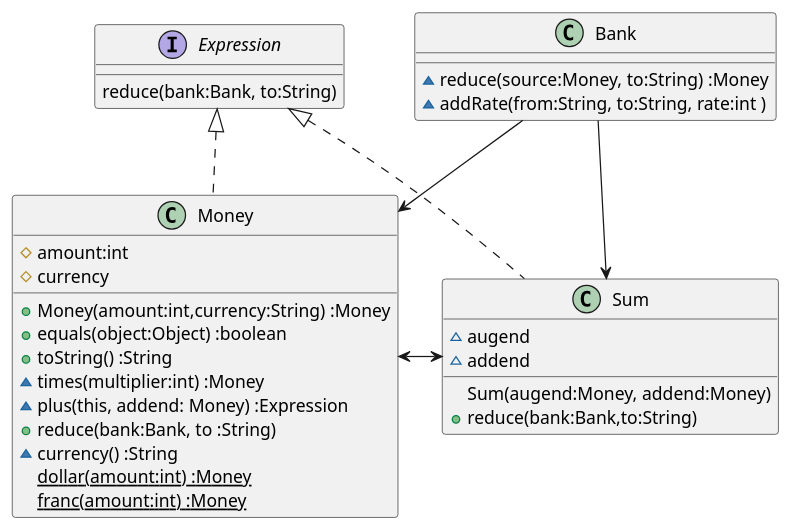
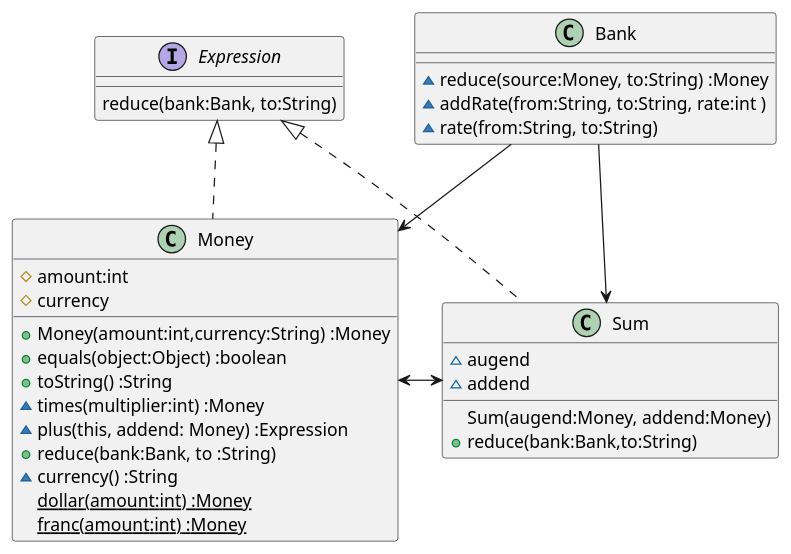
One commit to k2works/etude_for_java changed the first of 2 diagrams in docs/src/TDD.md. Above: the diagram before and after it, drawn with PlantUML. The commit also changed 4 other files, not shown here.

````diff
--- a/docs/src/TDD.md
+++ b/docs/src/TDD.md
@@ -51,33 +51,34 @@
 ```puml
 interface Expression {
   reduce(bank:Bank, to:String)
 }
 class Money {
   #amount:int
   #currency  
   +Money(amount:int,currency:String) :Money
   +equals(object:Object) :boolean  
   +toString() :String
   ~times(multiplier:int) :Money
   ~plus(this, addend: Money) :Expression
   +reduce(bank:Bank, to :String)      
   ~currency() :String
   {static} dollar(amount:int) :Money
   {static} franc(amount:int) :Money  
 }
 class Bank {
   ~reduce(source:Money, to:String) :Money
   ~addRate(from:String, to:String, rate:int )
+  ~rate(from:String, to:String)
 }
 class Sum {
   ~augend
   ~addend
   Sum(augend:Money, addend:Money)
   +reduce(bank:Bank,to:String)
 }
 Expression <|.. Money
 Expression <|.. Sum
 Money <-> Sum
 Bank --> Sum
 Bank --> Money
 ```
````
